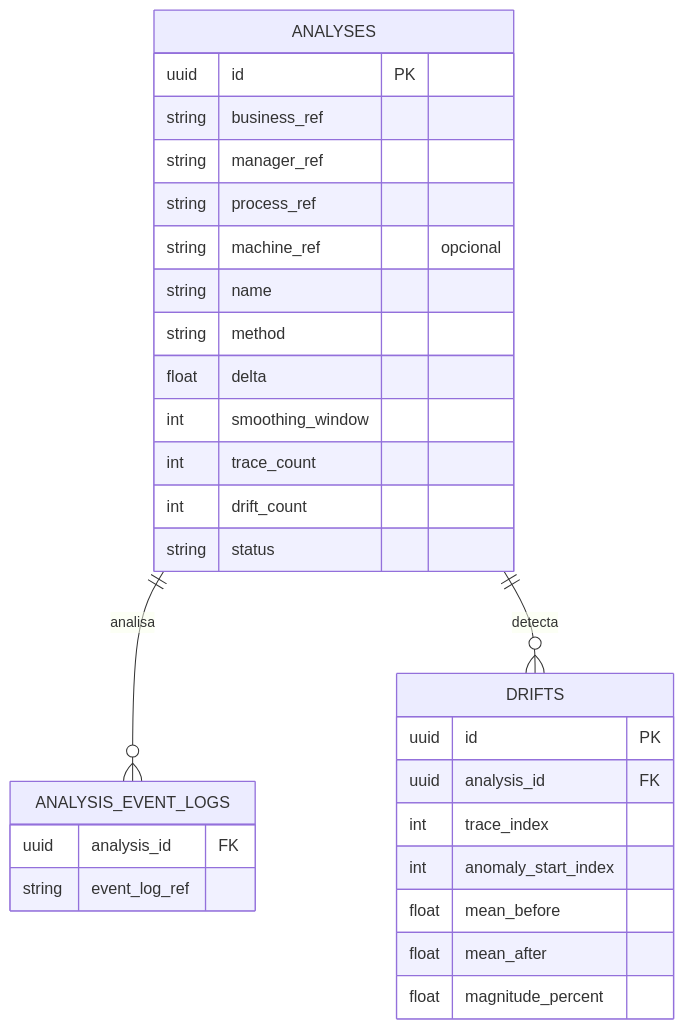
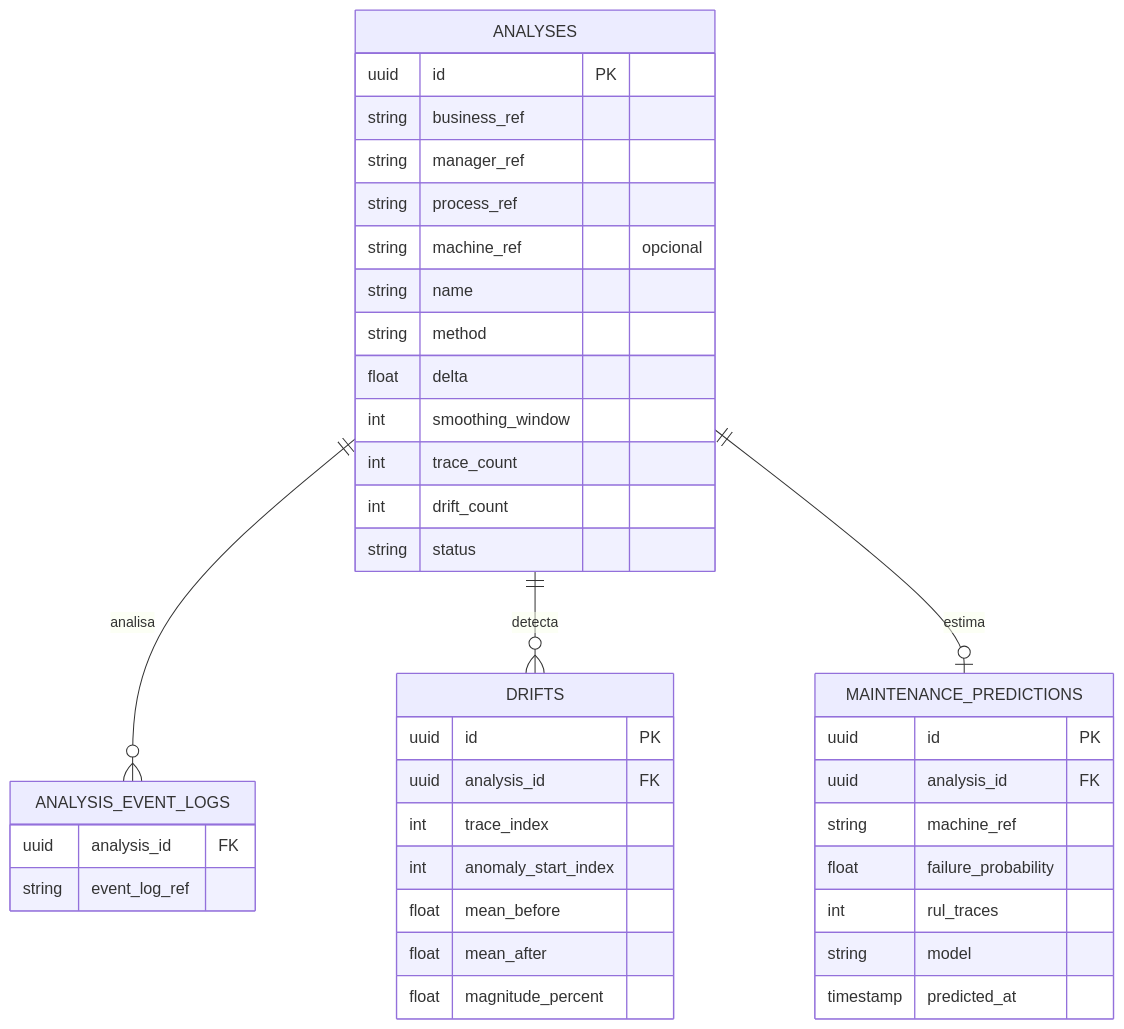
Before and after one commit to aland3r/deviante-docs: the diagram in architecture/er-ms2.mmd, drawn with Mermaid.

Commit message:
MS2 ER: tabela maintenance_predictions para a previsão experimental
Claude-Session: https://claude.ai/code/session_01HKLemX8Po46eg4XiwsZRoD

```diff
--- a/architecture/er-ms2.mmd
+++ b/architecture/er-ms2.mmd
@@ -1,30 +1,40 @@
 erDiagram
     ANALYSES ||--o{ ANALYSIS_EVENT_LOGS : analisa
     ANALYSES ||--o{ DRIFTS : detecta
+    ANALYSES ||--o| MAINTENANCE_PREDICTIONS : estima
     ANALYSES {
         uuid id PK
         string business_ref
         string manager_ref
         string process_ref
         string machine_ref "opcional"
         string name
         string method
         float delta
         int smoothing_window
         int trace_count
         int drift_count
         string status
     }
     ANALYSIS_EVENT_LOGS {
         uuid analysis_id FK
         string event_log_ref
     }
     DRIFTS {
         uuid id PK
         uuid analysis_id FK
         int trace_index
         int anomaly_start_index
         float mean_before
         float mean_after
         float magnitude_percent
     }
+    MAINTENANCE_PREDICTIONS {
+        uuid id PK
+        uuid analysis_id FK
+        string machine_ref
+        float failure_probability
+        int rul_traces
+        string model
+        timestamp predicted_at
+    }
```
